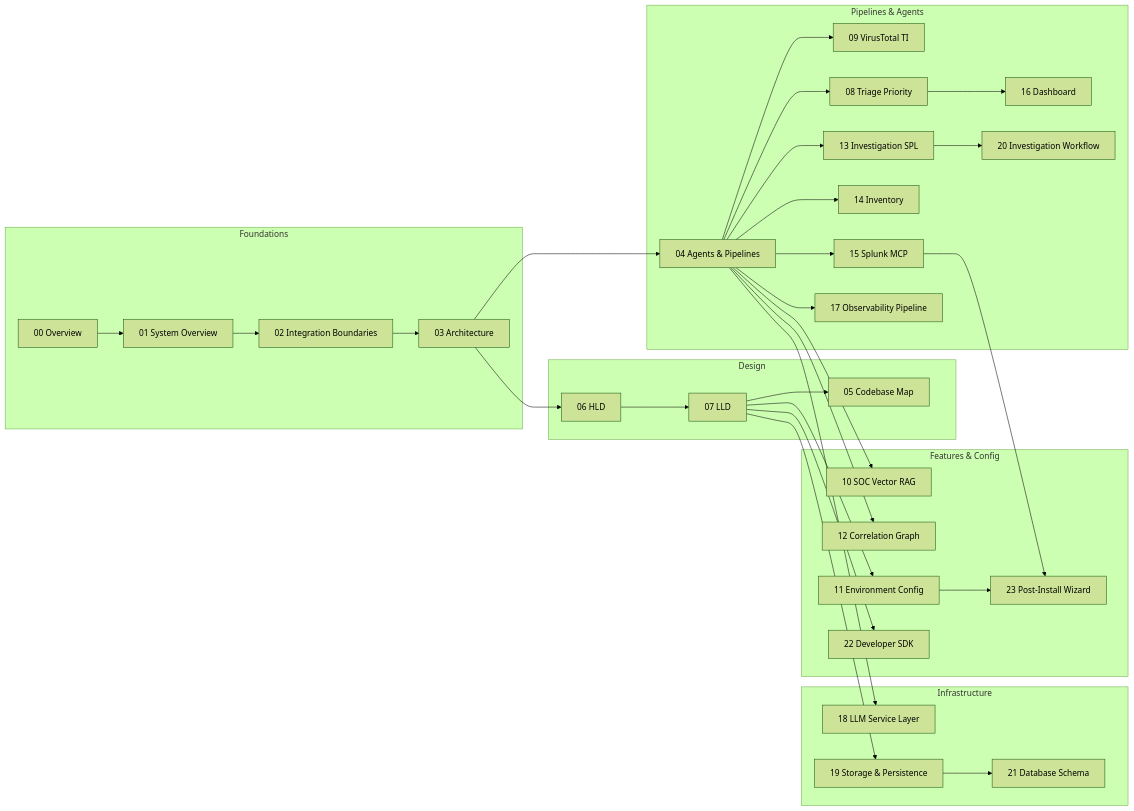
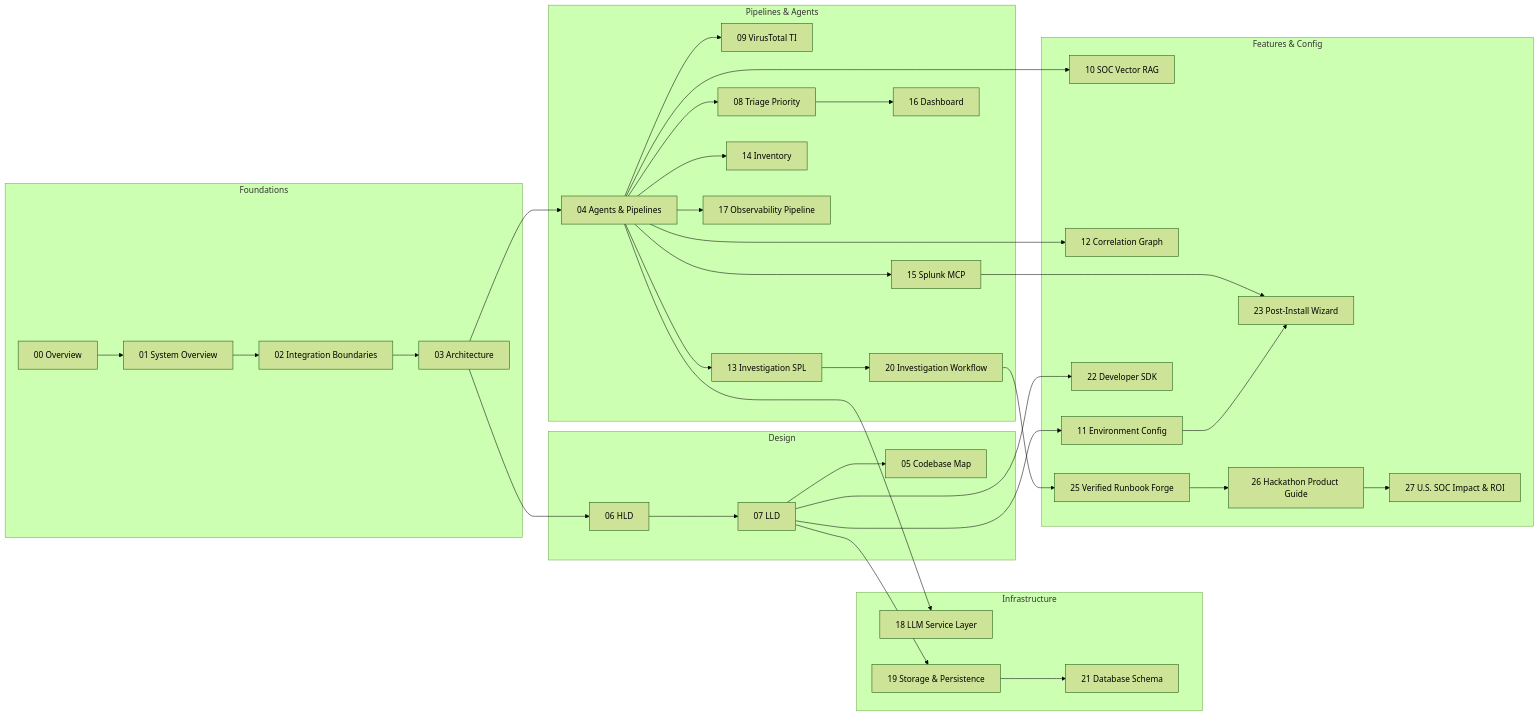
One commit to Sepideh-Asadollahi/ThinkingSOC-splunk-hackathon changed the diagram in docs/README.md. Above: the diagram before and after it, drawn with Mermaid (forest theme). The commit also changed other lines of this file and 169 other files, not shown here.

Commit message:
feat: add ThinkingSOC runbook autopilot and demo

````diff
--- a/docs/README.md
+++ b/docs/README.md
@@ -7,63 +7,68 @@
 ```mermaid
 flowchart LR
   subgraph foundations ["Foundations"]
     D00["00 Overview"]
     D01["01 System Overview"]
     D02["02 Integration Boundaries"]
     D03["03 Architecture"]
   end
 
   subgraph pipelines ["Pipelines & Agents"]
     D04["04 Agents & Pipelines"]
     D09["09 VirusTotal TI"]
     D08["08 Triage Priority"]
     D13["13 Investigation SPL"]
     D14["14 Inventory"]
     D15["15 Splunk MCP"]
     D16["16 Dashboard"]
     D17["17 Observability Pipeline"]
     D20["20 Investigation Workflow"]
   end
 
   subgraph infrastructure ["Infrastructure"]
     D18["18 LLM Service Layer"]
     D19["19 Storage & Persistence"]
     D21["21 Database Schema"]
   end
 
   subgraph design ["Design"]
     D06["06 HLD"]
     D07["07 LLD"]
     D05["05 Codebase Map"]
   end
 
   subgraph features ["Features & Config"]
     D10["10 SOC Vector RAG"]
     D12["12 Correlation Graph"]
     D11["11 Environment Config"]
     D22["22 Developer SDK"]
     D23["23 Post-Install Wizard"]
+    D25["25 Verified Runbook Forge"]
+    D26["26 Hackathon Product Guide"]
+    D27["27 U.S. SOC Impact & ROI"]
   end
 
   D00 --> D01 --> D02 --> D03
   D03 --> D04
   D04 --> D09
   D04 --> D08
   D04 --> D13
   D03 --> D06 --> D07
   D07 --> D05
   D04 --> D10
   D04 --> D12
   D07 --> D11
   D04 --> D14
   D04 --> D15
   D08 --> D16
   D04 --> D17
   D04 --> D18
   D07 --> D19
   D19 --> D21
   D13 --> D20
   D07 --> D22
   D11 --> D23
   D15 --> D23
+  D20 --> D25
+  D25 --> D26 --> D27
 ```
````
